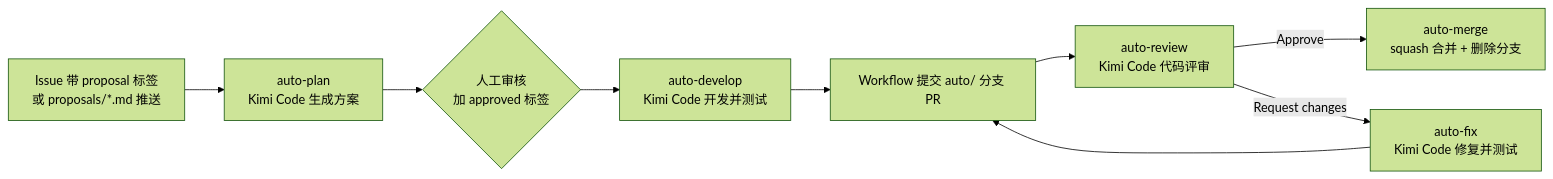
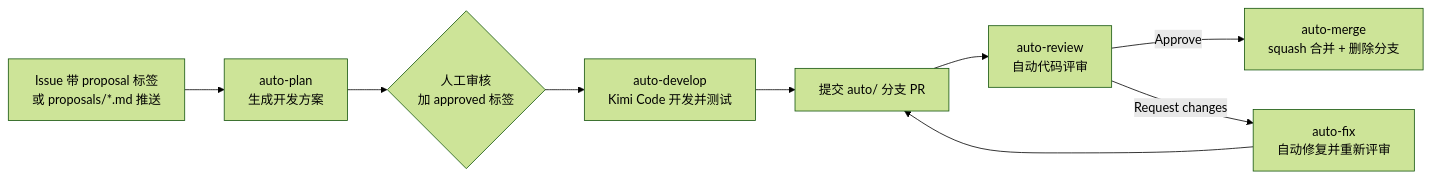
One commit to 1tang1315/IPQC changed the diagram in README.md. Above: the diagram before and after it, drawn with Mermaid (forest theme). The commit also changed other lines of this file and 12 other files, not shown here.

````diff
--- a/README.md
+++ b/README.md
@@ -5,11 +9,11 @@
 ```mermaid
 flowchart LR
-    A[Issue 带 proposal 标签<br/>或 proposals/*.md 推送] --> B[auto-plan<br/>Kimi Code 生成方案]
+    A[Issue 带 proposal 标签<br/>或 proposals/*.md 推送] --> B[auto-plan<br/>生成开发方案]
     B --> C{人工审核<br/>加 approved 标签}
     C --> D[auto-develop<br/>Kimi Code 开发并测试]
-    D --> E[Workflow 提交 auto/ 分支 PR]
-    E --> F[auto-review<br/>Kimi Code 代码评审]
+    D --> E[提交 auto/ 分支 PR]
+    E --> F[auto-review<br/>自动代码评审]
     F -- Approve --> G[auto-merge<br/>squash 合并 + 删除分支]
-    F -- Request changes --> H[auto-fix<br/>Kimi Code 修复并测试]
+    F -- Request changes --> H[auto-fix<br/>自动修复并重新评审]
     H --> E
 ```
````
